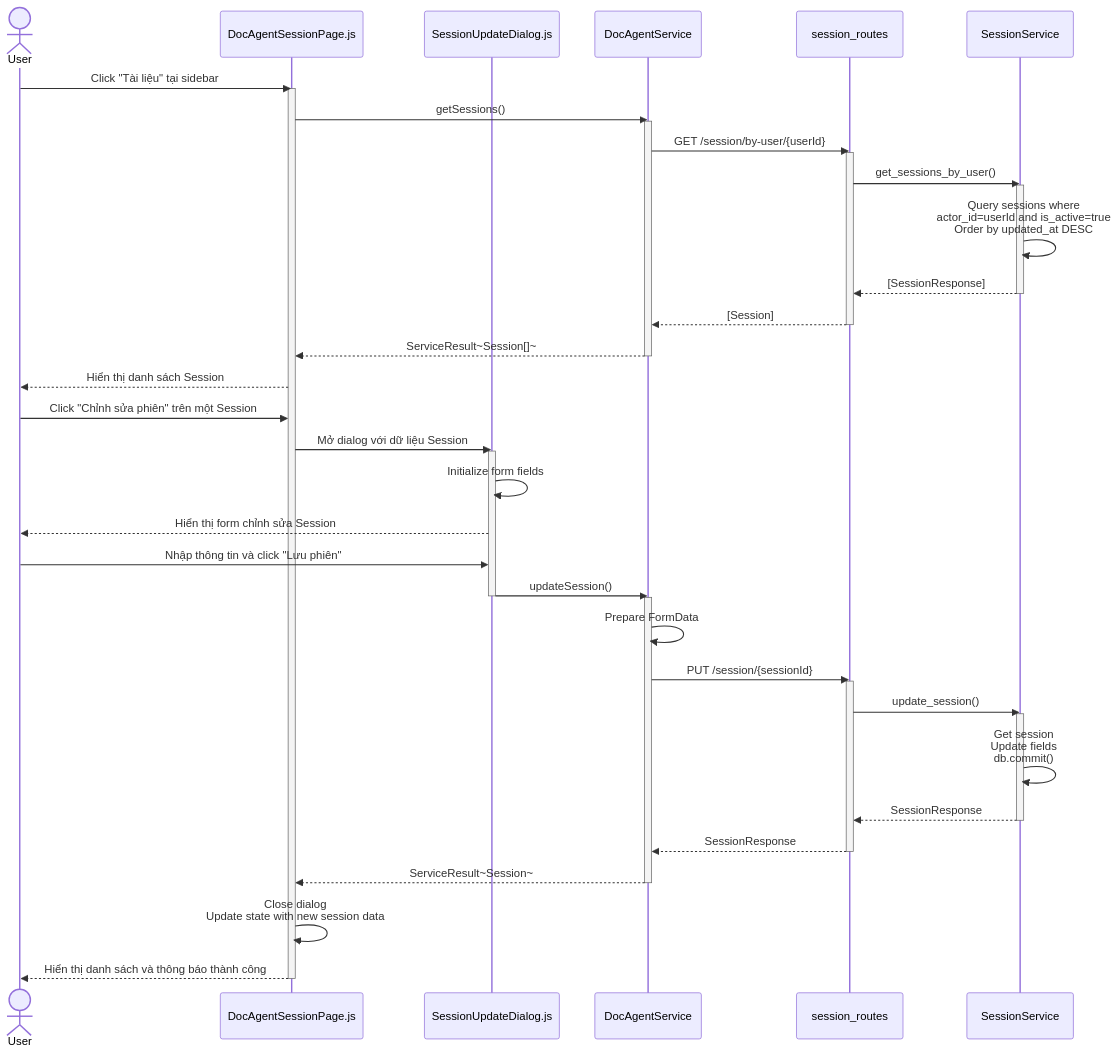
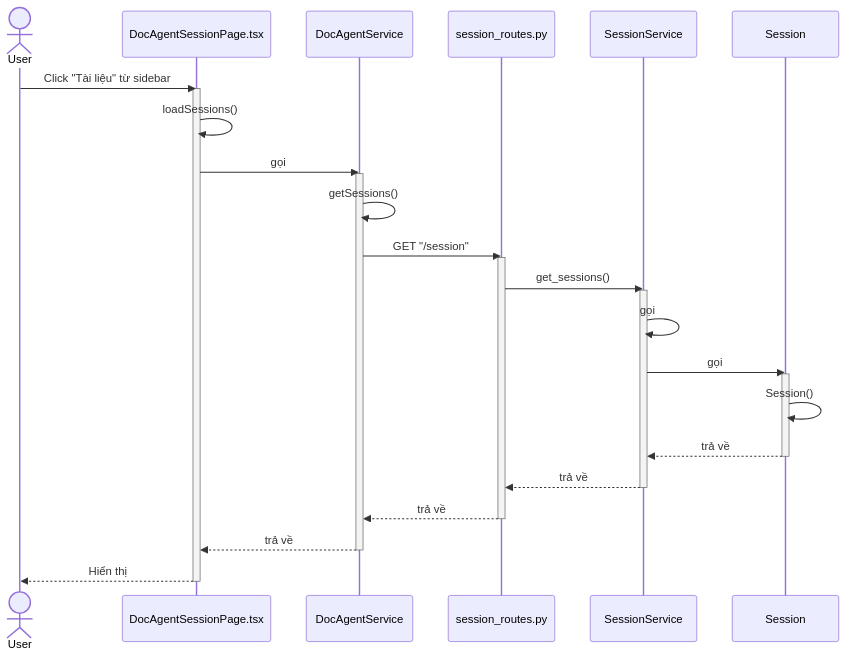
One commit to mduc-2610/gp_doc changed the fourth of 5 diagrams in session/4_session_management_seq.md. Above: the diagram before and after it, drawn with Mermaid. The commit also changed other lines of this file and 34 other files, not shown here.

````diff
--- a/session/4_session_management_seq.md
+++ b/session/4_session_management_seq.md
@@ -117,63 +180,43 @@
 ```mermaid
 sequenceDiagram
     actor User
-    participant DocAgentSessionPage as DocAgentSessionPage.js
-    participant SessionUpdateDialog as SessionUpdateDialog.js
+    participant DocAgentSessionPage as DocAgentSessionPage.tsx
     participant DocAgentService as DocAgentService
-    participant SessionRoutes as session_routes
+    participant SessionRoutes as session_routes.py
     participant SessionService as SessionService
+    participant Session as Session
 
-    User->>DocAgentSessionPage: Click "Tài liệu" tại sidebar
+    User->>DocAgentSessionPage: Click "Tài liệu" từ sidebar
     activate DocAgentSessionPage
     
-    DocAgentSessionPage->>DocAgentService: getSessions()
+    DocAgentSessionPage->>DocAgentSessionPage: loadSessions()
+    DocAgentSessionPage->>DocAgentService: gọi
     activate DocAgentService
-    DocAgentService->>SessionRoutes: GET /session/by-user/{userId}
+    
+    DocAgentService->>DocAgentService: getSessions()
+    DocAgentService->>SessionRoutes: GET "/session"
     activate SessionRoutes
-    SessionRoutes->>SessionService: get_sessions_by_user()
+    
+    SessionRoutes->>SessionService: get_sessions()
     activate SessionService
-    SessionService->>SessionService: Query sessions where<br/>actor_id=userId and is_active=true<br/>Order by updated_at DESC
-    SessionService-->>SessionRoutes: [SessionResponse]
+    
+    SessionService->>SessionService: gọi
+    SessionService->>Session: gọi
+    activate Session
+    
+    Session->>Session: Session()
+    Session-->>SessionService: trả về
+    deactivate Session
+    
+    SessionService-->>SessionRoutes: trả về
     deactivate SessionService
-    SessionRoutes-->>DocAgentService: [Session]
+    
+    SessionRoutes-->>DocAgentService: trả về
     deactivate SessionRoutes
-    DocAgentService-->>DocAgentSessionPage: ServiceResult~Session[]~
+    
+    DocAgentService-->>DocAgentSessionPage: trả về
     deactivate DocAgentService
     
-    DocAgentSessionPage-->>User: Hiển thị danh sách Session
-    
-    User->>DocAgentSessionPage: Click "Chỉnh sửa phiên" trên một Session
-    
-    DocAgentSessionPage->>SessionUpdateDialog: Mở dialog với dữ liệu Session
-    activate SessionUpdateDialog
-    
-    SessionUpdateDialog->>SessionUpdateDialog: Initialize form fields
-    SessionUpdateDialog-->>User: Hiển thị form chỉnh sửa Session
-    
-    User->>SessionUpdateDialog: Nhập thông tin và click "Lưu phiên"
-    
-    SessionUpdateDialog->>DocAgentService: updateSession()
-    deactivate SessionUpdateDialog
-    activate DocAgentService
-    
-    DocAgentService->>DocAgentService: Prepare FormData
-    DocAgentService->>SessionRoutes: PUT /session/{sessionId}
-    activate SessionRoutes
-    
-    SessionRoutes->>SessionService: update_session()
-    activate SessionService
-    
-    SessionService->>SessionService: Get session<br/>Update fields<br/>db.commit()
-    SessionService-->>SessionRoutes: SessionResponse
-    deactivate SessionService
-    
-    SessionRoutes-->>DocAgentService: SessionResponse
-    deactivate SessionRoutes
-    
-    DocAgentService-->>DocAgentSessionPage: ServiceResult~Session~
-    deactivate DocAgentService
-    
-    DocAgentSessionPage->>DocAgentSessionPage: Close dialog<br/>Update state with new session data
-    DocAgentSessionPage-->>User: Hiển thị danh sách và thông báo thành công
+    DocAgentSessionPage-->>User: Hiển thị
     deactivate DocAgentSessionPage
 ```
````
